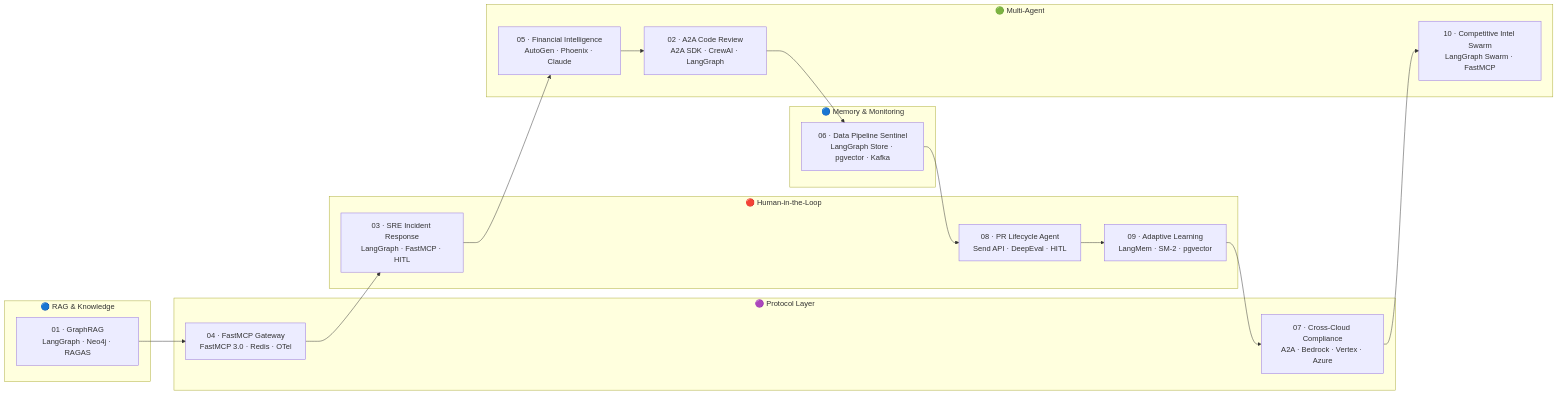
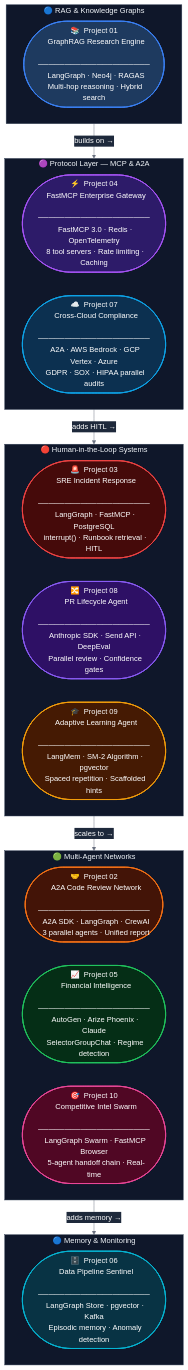
Before and after one commit to fnusatvik07/production-ai-agents: the diagram in README.md, drawn with Mermaid.

Commit message:
Improve overview Mermaid diagram — bigger nodes, colors, descriptions

````diff
--- a/README.md
+++ b/README.md
@@ -6,33 +6,50 @@
 ```mermaid
-flowchart LR
-    subgraph RAG["🔵 RAG & Knowledge"]
-        P01["01 · GraphRAG\nLangGraph · Neo4j · RAGAS"]
-    end
-    subgraph MCP["🟣 Protocol Layer"]
-        P04["04 · FastMCP Gateway\nFastMCP 3.0 · Redis · OTel"]
-        P07["07 · Cross-Cloud Compliance\nA2A · Bedrock · Vertex · Azure"]
-    end
-    subgraph HITL["🔴 Human-in-the-Loop"]
-        P03["03 · SRE Incident Response\nLangGraph · FastMCP · HITL"]
-        P08["08 · PR Lifecycle Agent\nSend API · DeepEval · HITL"]
-        P09["09 · Adaptive Learning\nLangMem · SM-2 · pgvector"]
-    end
-    subgraph MULTI["🟢 Multi-Agent"]
-        P02["02 · A2A Code Review\nA2A SDK · CrewAI · LangGraph"]
-        P05["05 · Financial Intelligence\nAutoGen · Phoenix · Claude"]
-        P10["10 · Competitive Intel Swarm\nLangGraph Swarm · FastMCP"]
-    end
-    subgraph MEM["🔵 Memory & Monitoring"]
-        P06["06 · Data Pipeline Sentinel\nLangGraph Store · pgvector · Kafka"]
+%%{init: {"theme": "base", "themeVariables": {"fontSize": "16px", "primaryColor": "#1e3a5f", "primaryTextColor": "#ffffff", "primaryBorderColor": "#3b82f6", "lineColor": "#6b7280", "secondaryColor": "#1a1a2e", "tertiaryColor": "#0d1117", "clusterBkg": "#0f172a", "clusterBorder": "#334155", "edgeLabelBackground": "#1e293b", "titleColor": "#f1f5f9"}}}%%
+flowchart TB
+
+    subgraph RAG["  🔵  RAG & Knowledge Graphs  "]
+        direction LR
+        P01(["  📚  Project 01\n  GraphRAG Research Engine\n  ─────────────────────\n  LangGraph · Neo4j · RAGAS\n  Multi-hop reasoning · Hybrid search  "])
     end
 
-    P01 --> P04
-    P04 --> P03
-    P03 --> P05
-    P05 --> P02
-    P02 --> P06
-    P06 --> P08
-    P08 --> P09
-    P09 --> P07
-    P07 --> P10
+    subgraph PROTO["  🟣  Protocol Layer — MCP & A2A  "]
+        direction LR
+        P04(["  ⚡  Project 04\n  FastMCP Enterprise Gateway\n  ─────────────────────\n  FastMCP 3.0 · Redis · OpenTelemetry\n  8 tool servers · Rate limiting · Caching  "])
+        P07(["  ☁️  Project 07\n  Cross-Cloud Compliance\n  ─────────────────────\n  A2A · AWS Bedrock · GCP Vertex · Azure\n  GDPR · SOX · HIPAA parallel audits  "])
+    end
+
+    subgraph HITL["  🔴  Human-in-the-Loop Systems  "]
+        direction LR
+        P03(["  🚨  Project 03\n  SRE Incident Response\n  ─────────────────────\n  LangGraph · FastMCP · PostgreSQL\n  interrupt() · Runbook retrieval · HITL  "])
+        P08(["  🔀  Project 08\n  PR Lifecycle Agent\n  ─────────────────────\n  Anthropic SDK · Send API · DeepEval\n  Parallel review · Confidence gates  "])
+        P09(["  🎓  Project 09\n  Adaptive Learning Agent\n  ─────────────────────\n  LangMem · SM-2 Algorithm · pgvector\n  Spaced repetition · Scaffolded hints  "])
+    end
+
+    subgraph MULTI["  🟢  Multi-Agent Networks  "]
+        direction LR
+        P02(["  🤝  Project 02\n  A2A Code Review Network\n  ─────────────────────\n  A2A SDK · LangGraph · CrewAI\n  3 parallel agents · Unified report  "])
+        P05(["  📈  Project 05\n  Financial Intelligence\n  ─────────────────────\n  AutoGen · Arize Phoenix · Claude\n  SelectorGroupChat · Regime detection  "])
+        P10(["  🎯  Project 10\n  Competitive Intel Swarm\n  ─────────────────────\n  LangGraph Swarm · FastMCP Browser\n  5-agent handoff chain · Real-time  "])
+    end
+
+    subgraph MEM["  🔵  Memory & Monitoring  "]
+        direction LR
+        P06(["  🗄️  Project 06\n  Data Pipeline Sentinel\n  ─────────────────────\n  LangGraph Store · pgvector · Kafka\n  Episodic memory · Anomaly detection  "])
+    end
+
+    RAG   -->|"builds on →"| PROTO
+    PROTO -->|"adds HITL →"| HITL
+    HITL  -->|"scales to →"| MULTI
+    MULTI -->|"adds memory →"| MEM
+
+    style P01 fill:#1e3a5f,stroke:#3b82f6,stroke-width:2px,color:#fff
+    style P04 fill:#2d1b69,stroke:#a855f7,stroke-width:2px,color:#fff
+    style P07 fill:#0c3050,stroke:#0ea5e9,stroke-width:2px,color:#fff
+    style P03 fill:#450a0a,stroke:#ef4444,stroke-width:2px,color:#fff
+    style P08 fill:#2e1065,stroke:#8b5cf6,stroke-width:2px,color:#fff
+    style P09 fill:#451a03,stroke:#f59e0b,stroke-width:2px,color:#fff
+    style P02 fill:#431407,stroke:#f97316,stroke-width:2px,color:#fff
+    style P05 fill:#052e16,stroke:#22c55e,stroke-width:2px,color:#fff
+    style P10 fill:#500724,stroke:#ec4899,stroke-width:2px,color:#fff
+    style P06 fill:#083344,stroke:#06b6d4,stroke-width:2px,color:#fff
 ```
````
